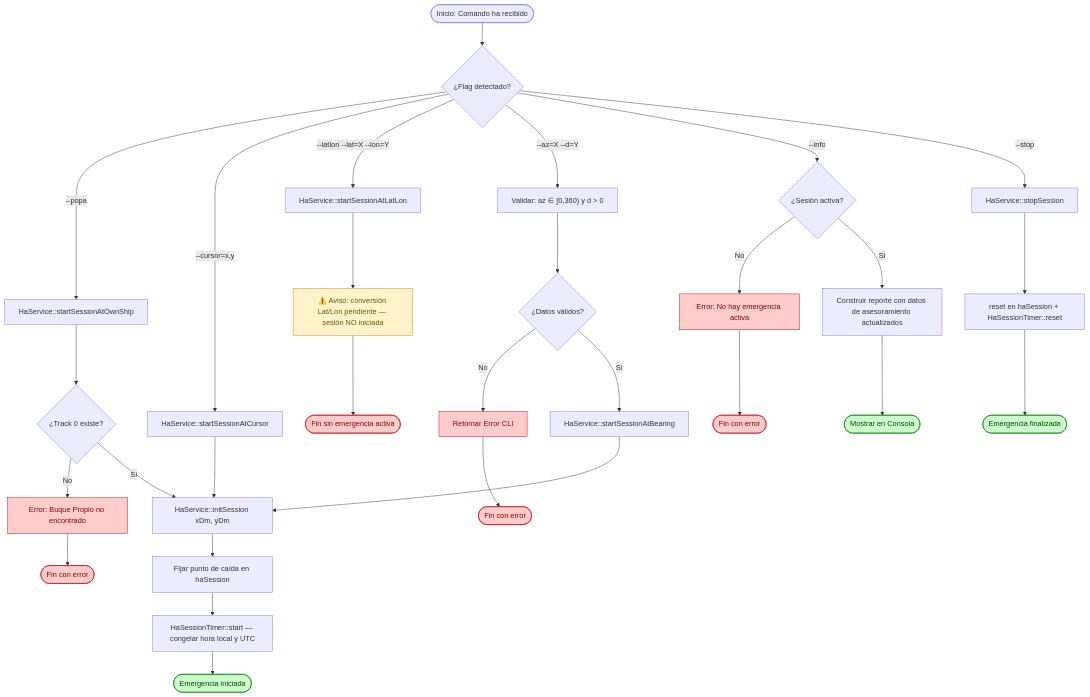
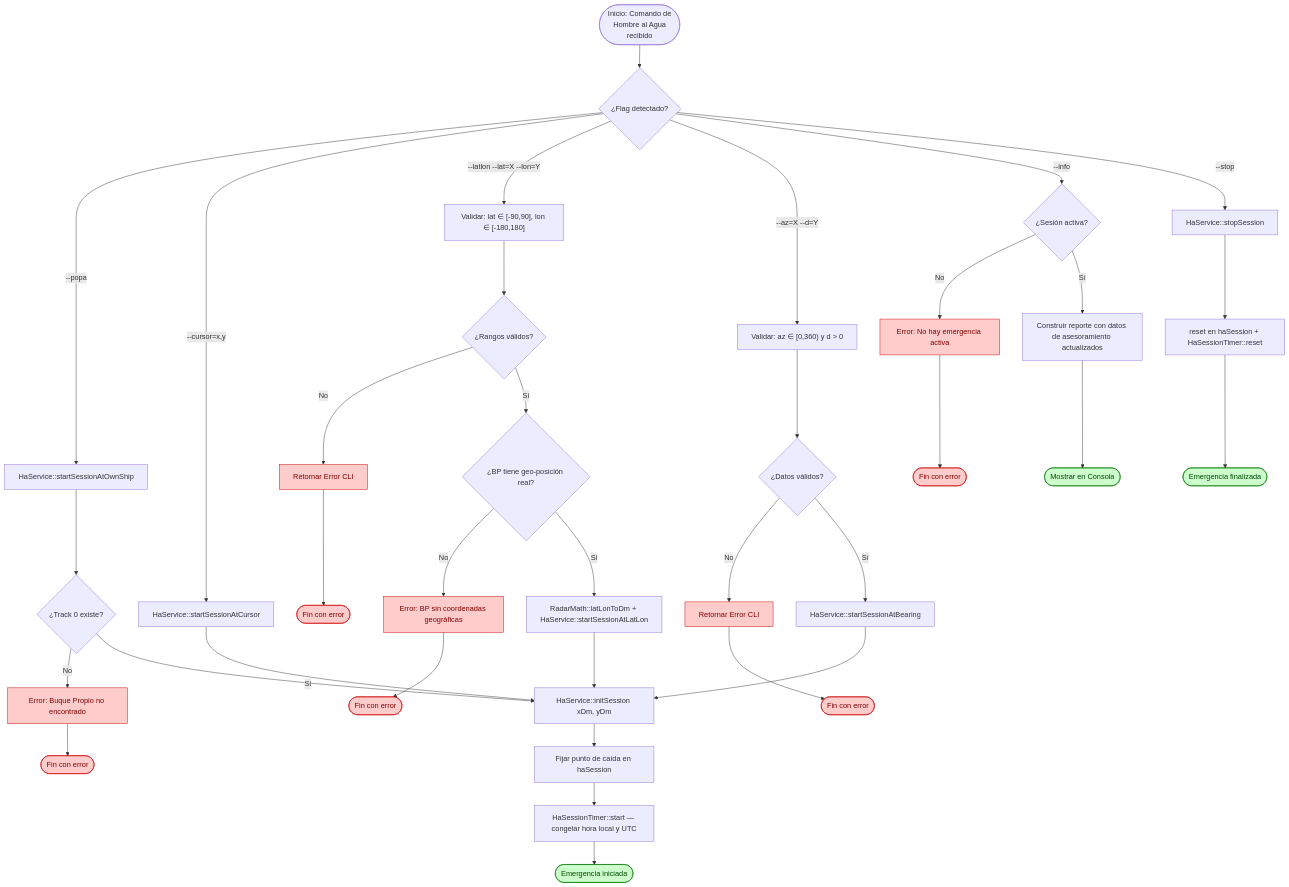
The first of 2 diagrams in docs/flows/hombre-al-agua.md (DirectorSiag/DDM), drawn with Mermaid before and after one commit. The commit also changed other lines of this file, not shown here.

````diff
--- a/docs/flows/hombre-al-agua.md
+++ b/docs/flows/hombre-al-agua.md
@@ -90,40 +112,45 @@
 ```mermaid
 flowchart TD
-    A([Inicio: Comando ha recibido]) --> B{"¿Flag detectado?"}
+    A([Inicio: Comando de 
+    Hombre al Agua 
+    recibido]) --> B{"¿Flag detectado?"}
 
     B -->|"--popa"| D1[HaService::startSessionAtOwnShip]
     B -->|"--cursor=x,y"| D2[HaService::startSessionAtCursor]
-    B -->|"--latlon --lat=X --lon=Y"| D3[HaService::startSessionAtLatLon]
+    B -->|"--latlon --lat=X --lon=Y"| V0["Validar: lat ∈ [-90,90], lon ∈ [-180,180]"]
     B -->|"--az=X --d=Y"| V1["Validar: az ∈ [0,360) y d > 0"]
+
+    V0 --> VR0{"¿Rangos válidos?"}
+    VR0 -->|No| E0[Retornar Error CLI] --> FE0([Fin con error])
+    VR0 -->|Sí| GEO{"¿BP tiene geo-posición real?"}
+    GEO -->|No| E4[Error: BP sin coordenadas geográficas] --> FE4([Fin con error])
+    GEO -->|Sí| D3[RadarMath::latLonToDm + HaService::startSessionAtLatLon]
 
     V1 --> VR{"¿Datos válidos?"}
     VR -->|No| E1[Retornar Error CLI] --> FE1([Fin con error])
     VR -->|Sí| D4[HaService::startSessionAtBearing]
 
     D1 --> BP{"¿Track 0 existe?"}
     BP -->|No| E2[Error: Buque Propio no encontrado] --> FE2([Fin con error])
     BP -->|Sí| INIT
 
     D2 --> INIT[HaService::initSession xDm, yDm]
-    D3 --> PEND[⚠️ Aviso: conversión Lat/Lon pendiente — sesión NO iniciada]
-    PEND --> FE4([Fin sin emergencia activa])
+    D3 --> INIT
     D4 --> INIT
 
     INIT --> FIX[Fijar punto de caída en haSession]
     FIX --> TIMER[HaSessionTimer::start — congelar hora local y UTC]
     TIMER --> Z1([Emergencia iniciada])
 
     B -->|"--info"| H{"¿Sesión activa?"}
     H -->|No| I[Error: No hay emergencia activa] --> FE3([Fin con error])
     H -->|Sí| J[Construir reporte con datos de asesoramiento actualizados] --> ZF([Mostrar en Consola])
 
     B -->|"--stop"| K[HaService::stopSession]
     K --> L[reset en haSession + HaSessionTimer::reset] --> Z2([Emergencia finalizada])
 
     classDef error fill:#ffcccc,stroke:#cc0000,color:#800000
     classDef ok fill:#ccffcc,stroke:#007700,color:#004400
-    classDef pending fill:#fff3cc,stroke:#cc8800,color:#665500
-    class E1,E2,I,FE1,FE2,FE3,FE4 error
+    class E0,E1,E2,E4,I,FE0,FE1,FE2,FE3,FE4 error
     class Z1,Z2,ZF ok
-    class PEND pending
 ```
````
